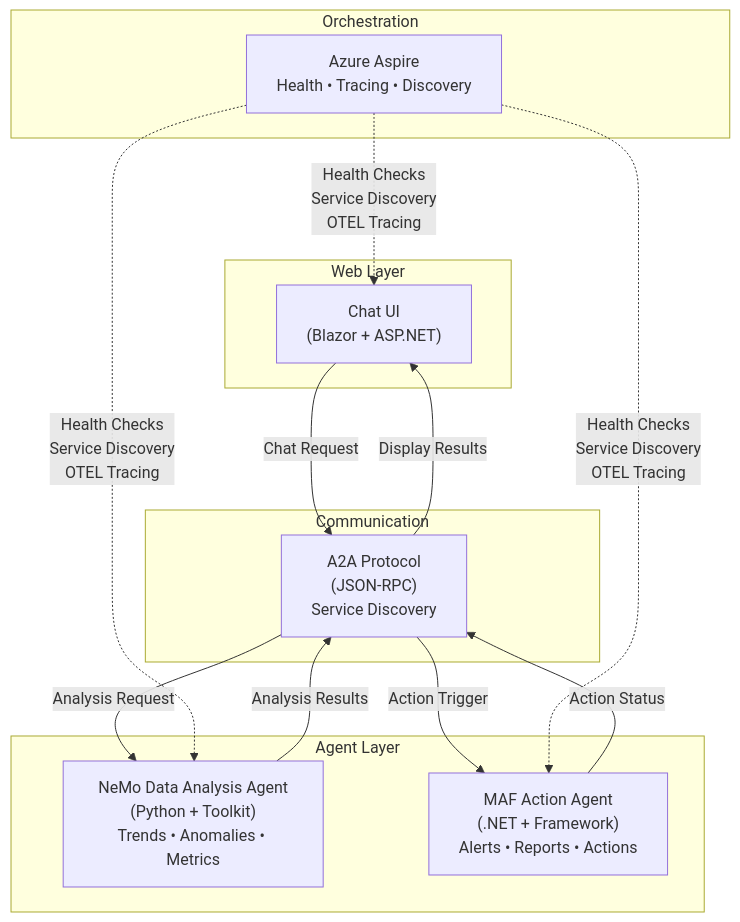
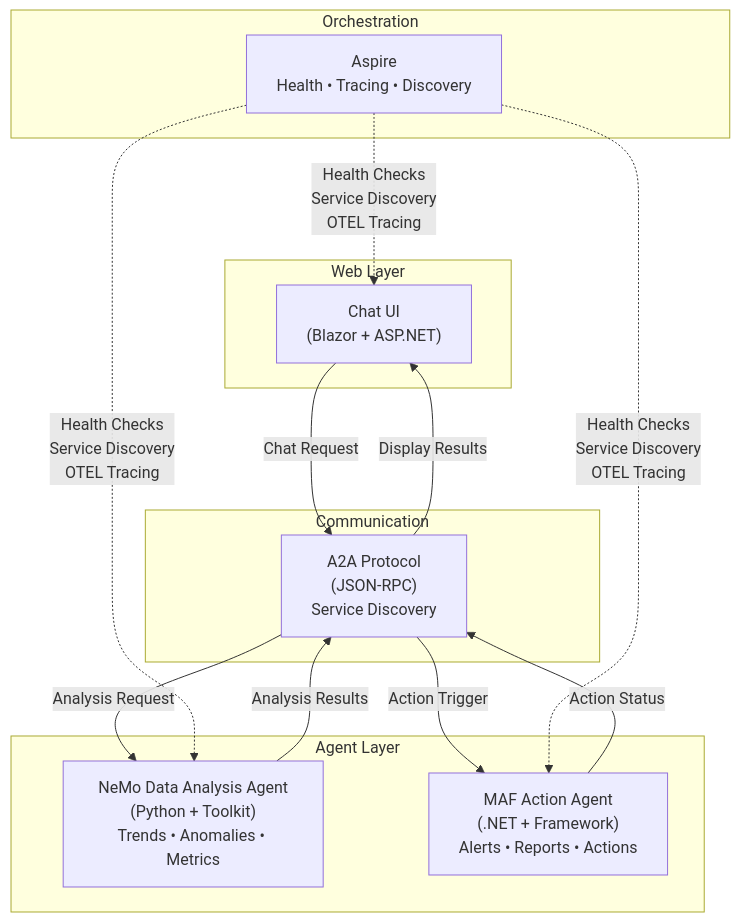
Before and after one commit to elbruno/MAF-A2A-NVIDIA-NemoAgents: the diagram in README.md, drawn with Mermaid. The commit also changed other lines of this file, not shown here.

Commit message:
docs: Update README to correct Azure Aspire references and enhance clarity

````diff
--- a/README.md
+++ b/README.md
@@ -28,30 +76,30 @@
 ```mermaid
 graph TB
     subgraph "Web Layer"
         UI["Chat UI<br/>(Blazor + ASP.NET)"]
     end
     
     subgraph "Agent Layer"
         NEMO["NeMo Data Analysis Agent<br/>(Python + Toolkit)<br/>Trends • Anomalies • Metrics"]
         MAF["MAF Action Agent<br/>(.NET + Framework)<br/>Alerts • Reports • Actions"]
     end
     
     subgraph "Communication"
         A2A["A2A Protocol<br/>(JSON-RPC)<br/>Service Discovery"]
     end
     
     subgraph "Orchestration"
-        ASPIRE["Azure Aspire<br/>Health • Tracing • Discovery"]
+        ASPIRE["Aspire<br/>Health • Tracing • Discovery"]
     end
     
     UI -->|Chat Request| A2A
     A2A -->|Analysis Request| NEMO
     NEMO -->|Analysis Results| A2A
     A2A -->|Action Trigger| MAF
     MAF -->|Action Status| A2A
     A2A -->|Display Results| UI
     
     ASPIRE -.->|Health Checks<br/>Service Discovery<br/>OTEL Tracing| NEMO
     ASPIRE -.->|Health Checks<br/>Service Discovery<br/>OTEL Tracing| MAF
     ASPIRE -.->|Health Checks<br/>Service Discovery<br/>OTEL Tracing| UI
 ```
````
